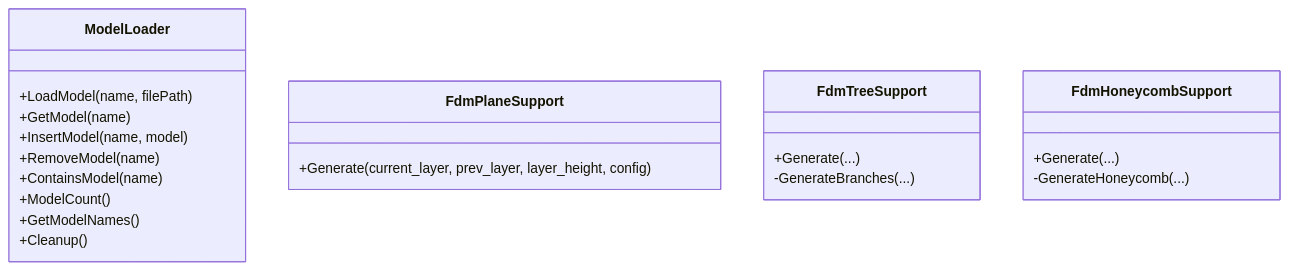
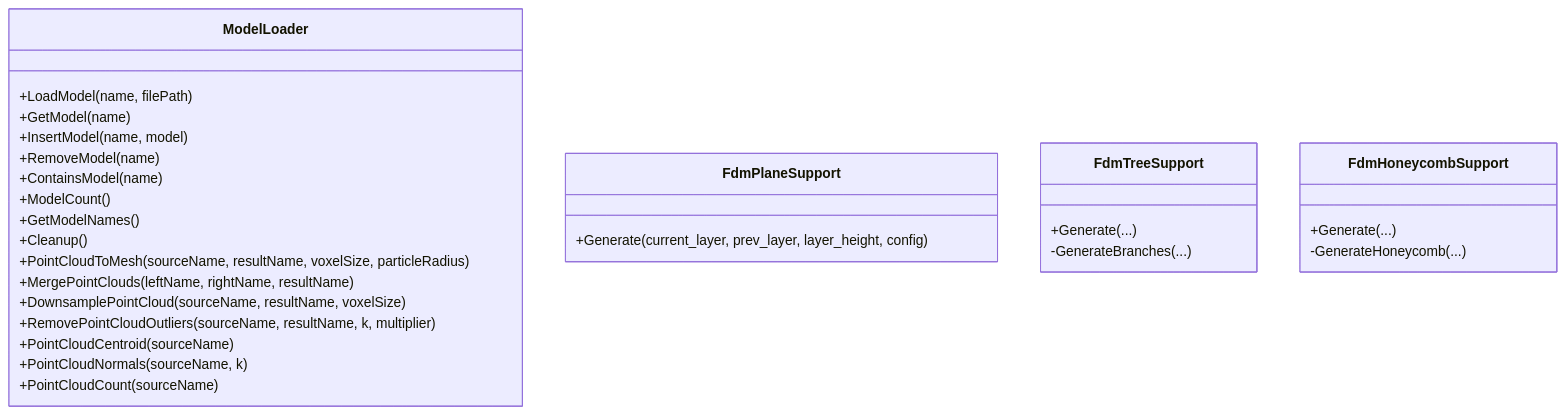
One commit to hsmbanlance/HsBaSlicer changed diagram 17 of 19 in .qoder/repowiki/en/content/Getting Started/Multi-Platform Build System.md. Above: the diagram before and after it, drawn with Mermaid. The commit also changed other lines of this file and 31 other files, not shown here.

First line of the commit message:
docs(architecture): 更新文档以包含事件处理系统和动态库测试

````diff
--- a/.qoder/repowiki/en/content/Getting Started/Multi-Platform Build System.md
+++ b/.qoder/repowiki/en/content/Getting Started/Multi-Platform Build System.md
@@ -590,24 +653,31 @@
 ```mermaid
 classDiagram
 class ModelLoader {
 +LoadModel(name, filePath)
 +GetModel(name)
 +InsertModel(name, model)
 +RemoveModel(name)
 +ContainsModel(name)
 +ModelCount()
 +GetModelNames()
 +Cleanup()
++PointCloudToMesh(sourceName, resultName, voxelSize, particleRadius)
++MergePointClouds(leftName, rightName, resultName)
++DownsamplePointCloud(sourceName, resultName, voxelSize)
++RemovePointCloudOutliers(sourceName, resultName, k, multiplier)
++PointCloudCentroid(sourceName)
++PointCloudNormals(sourceName, k)
++PointCloudCount(sourceName)
 }
 class FdmPlaneSupport {
 +Generate(current_layer, prev_layer, layer_height, config)
 }
 class FdmTreeSupport {
 +Generate(...)
 -GenerateBranches(...)
 }
 class FdmHoneycombSupport {
 +Generate(...)
 -GenerateHoneycomb(...)
 }
 ```
````
